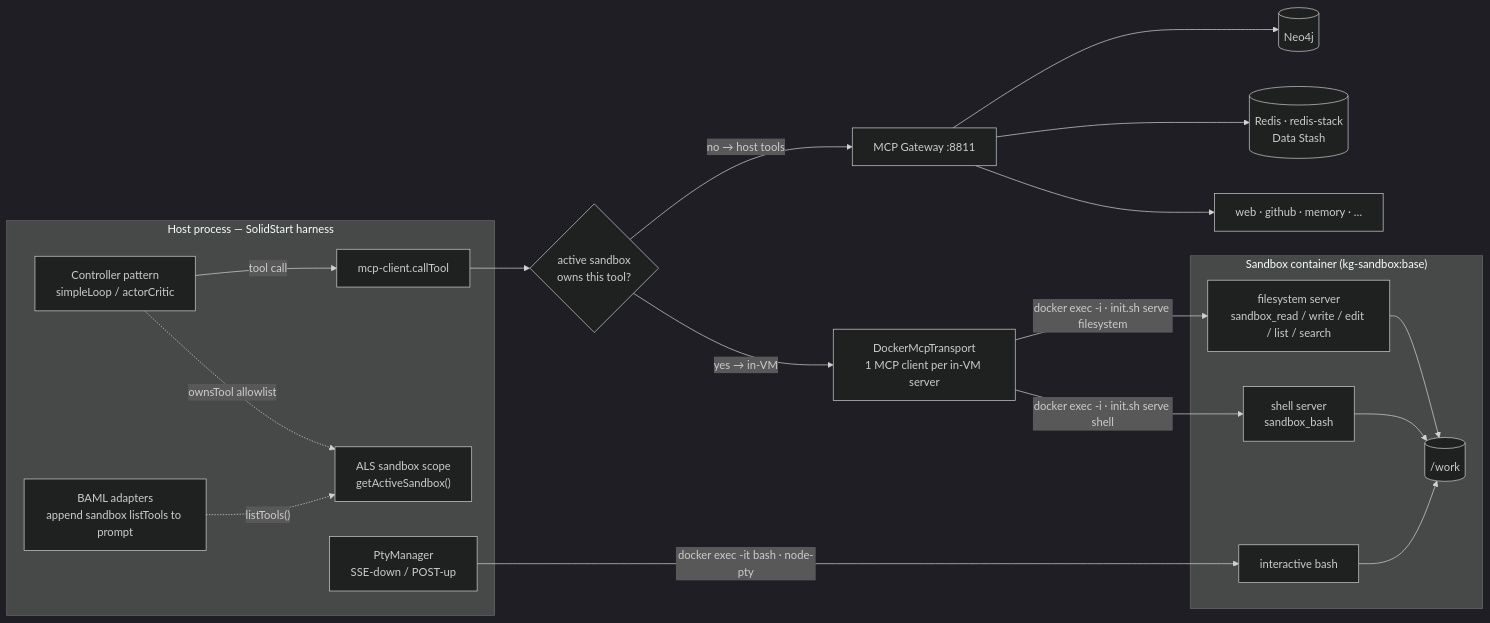
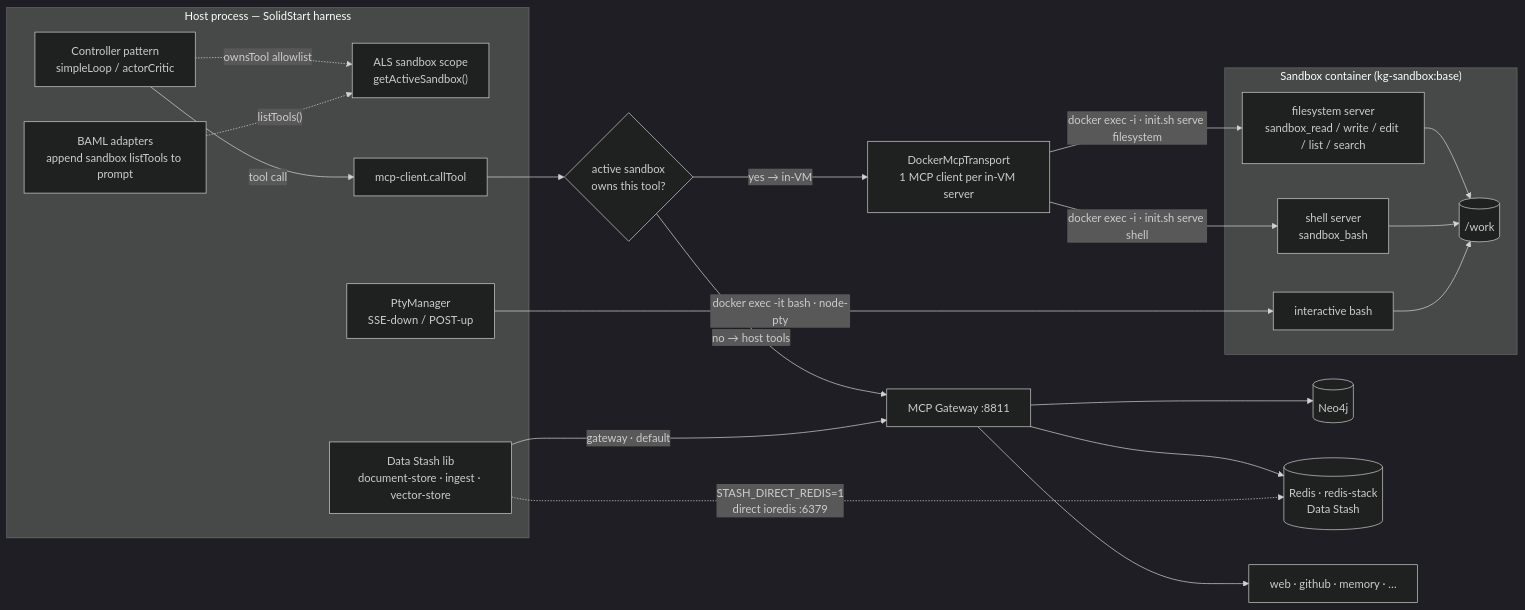
The fourth of 4 diagrams in docs/data-flow.md (mknw/harness-playground), drawn with Mermaid (dark theme) before and after one commit. The commit also changed other lines of this file, not shown here.

First line of the commit message:
docs(data-flow): reflect direct-Redis + markdown chunking (#111)

````diff
--- a/docs/data-flow.md
+++ b/docs/data-flow.md
@@ -239,36 +257,40 @@
 ```mermaid
 flowchart LR
     subgraph hostp["Host process — SolidStart harness"]
         CTRL["Controller pattern<br/>simpleLoop / actorCritic"]
         ALS["ALS sandbox scope<br/>getActiveSandbox()"]
         MCPC["mcp-client.callTool"]
         BAML["BAML adapters<br/>append sandbox listTools to prompt"]
         PTY["PtyManager<br/>SSE-down / POST-up"]
+        STASH["Data Stash lib<br/>document-store · ingest · vector-store"]
     end
 
     CTRL -->|"tool call"| MCPC
     CTRL -.->|"ownsTool allowlist"| ALS
     BAML -.->|"listTools()"| ALS
     MCPC --> DECIDE{"active sandbox<br/>owns this tool?"}
 
     DECIDE -->|"no → host tools"| GW["MCP Gateway :8811"]
     GW --> NEO[("Neo4j")]
     GW --> RDS[("Redis · redis-stack<br/>Data Stash")]
     GW --> WEBX["web · github · memory · …"]
+
+    STASH -->|"gateway · default"| GW
+    STASH -.->|"STASH_DIRECT_REDIS=1<br/>direct ioredis :6379"| RDS
 
     DECIDE -->|"yes → in-VM"| TRANS["DockerMcpTransport<br/>1 MCP client per in-VM server"]
 
     subgraph vm["Sandbox container (kg-sandbox:base)"]
         FS["filesystem server<br/>sandbox_read / write / edit / list / search"]
         SH["shell server<br/>sandbox_bash"]
         WORK[("/work")]
         BASH["interactive bash"]
     end
 
     TRANS -->|"docker exec -i · init.sh serve filesystem"| FS
     TRANS -->|"docker exec -i · init.sh serve shell"| SH
     FS --> WORK
     SH --> WORK
     PTY -->|"docker exec -it bash · node-pty"| BASH
     BASH --> WORK
 ```
````
